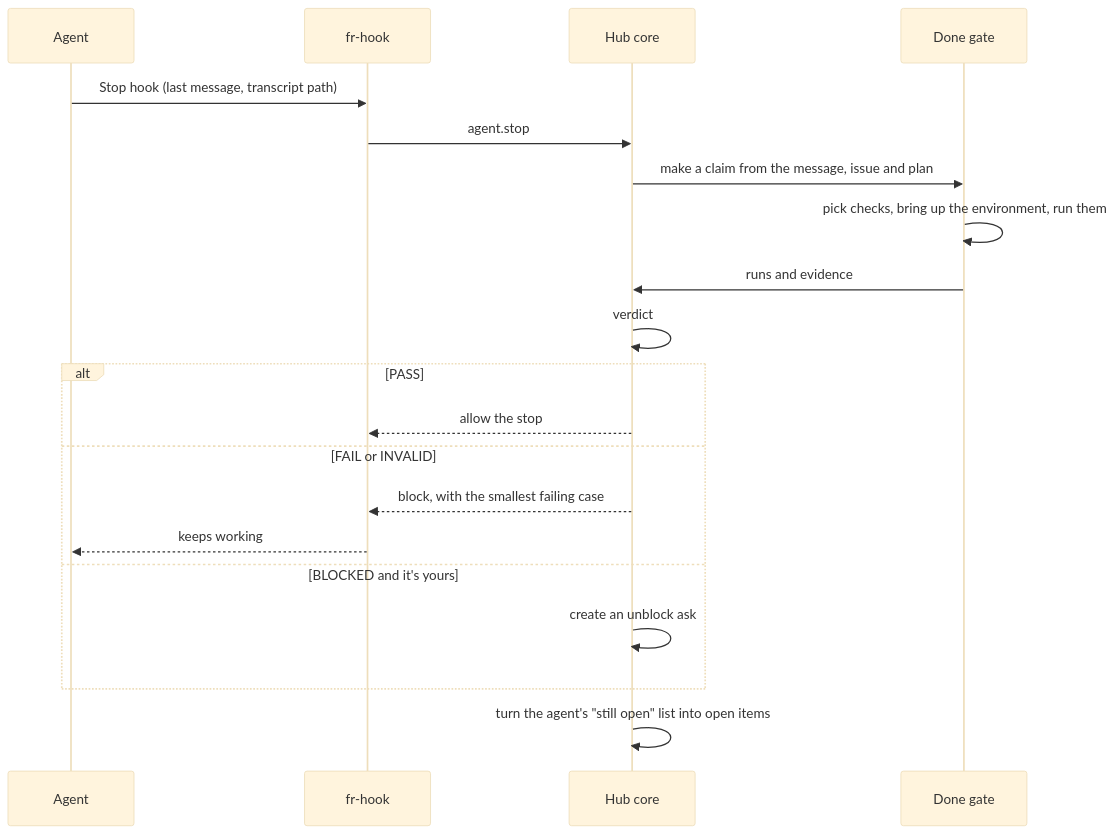
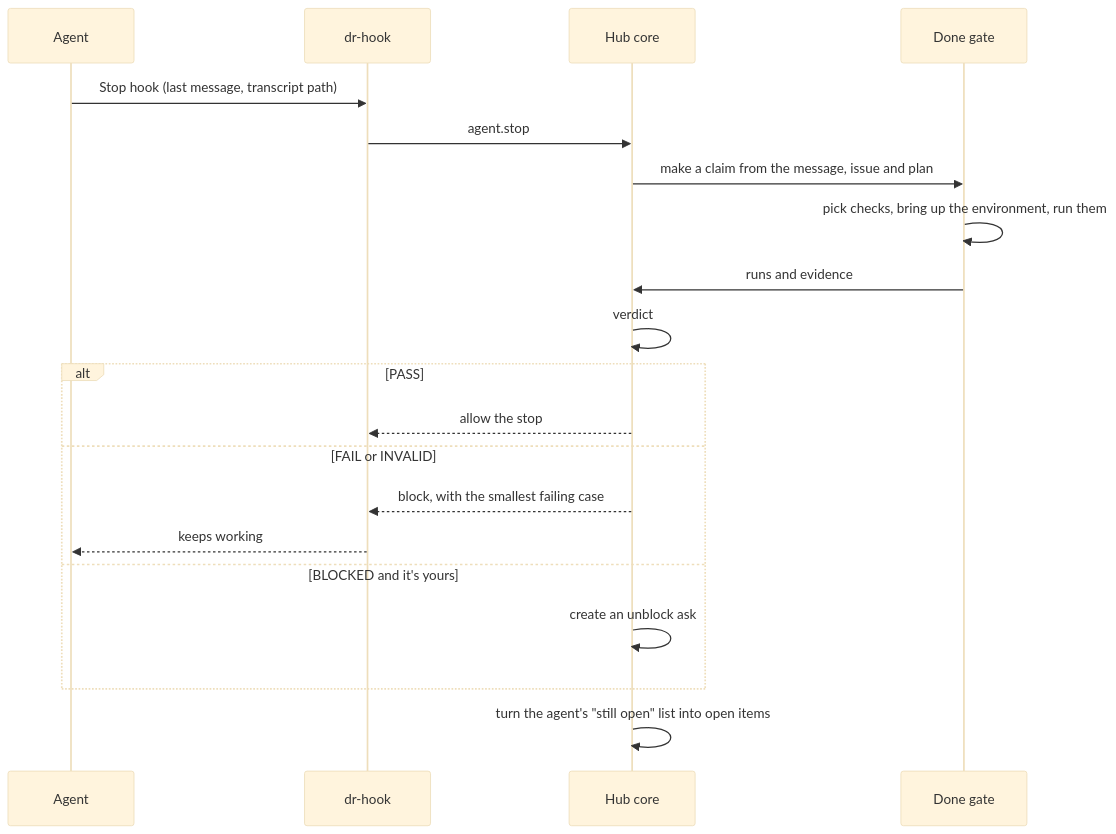
The second of 3 diagrams in docs/technical-design.md (windoliver/doneright), drawn with Mermaid (base theme) before and after one commit. The commit also changed other lines of this file and 4 other files, not shown here.

````diff
--- a/docs/technical-design.md
+++ b/docs/technical-design.md
@@ -181,22 +183,22 @@
 ```mermaid
 sequenceDiagram
   participant A as Agent
-  participant H as fr-hook
+  participant H as dr-hook
   participant C as Hub core
   participant G as Done gate
   A->>H: Stop hook (last message, transcript path)
   H->>C: agent.stop
   C->>G: make a claim from the message, issue and plan
   G->>G: pick checks, bring up the environment, run them
   G->>C: runs and evidence
   C->>C: verdict
   alt PASS
     C-->>H: allow the stop
   else FAIL or INVALID
     C-->>H: block, with the smallest failing case
     H-->>A: keeps working
   else BLOCKED and it's yours
     C->>C: create an unblock ask
   end
   C->>C: turn the agent's "still open" list into open items
 ```
````
